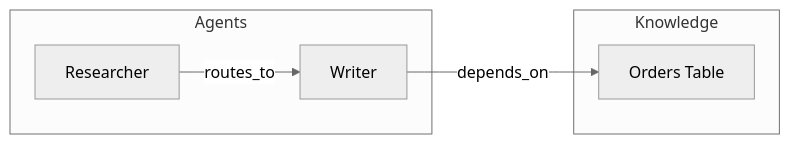
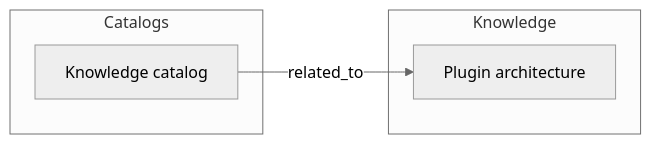
Before and after one commit to SpillwaveSolutions/okf-plugin: the diagram in skills/okf-visualize/SKILL.md, drawn with Mermaid (neutral theme). The commit also changed other lines of this file and 75 other files, not shown here.

Commit message:
feat: noun-free graph engine (Catalog + ContextPack) 01M0SZF33A0WAYMDR6QFEZ2AFH #64

````diff
--- a/skills/okf-visualize/SKILL.md
+++ b/skills/okf-visualize/SKILL.md
@@ -45,12 +45,10 @@
 ```mermaid
 graph LR
-  subgraph Agents
-    R[Researcher]
-    W[Writer]
+  subgraph Catalogs
+    C[Knowledge catalog]
   end
   subgraph Knowledge
-    K[Orders Table]
+    K[Plugin architecture]
   end
-  R -->|routes_to| W
-  W -->|depends_on| K
+  C -->|related_to| K
 ```
````
